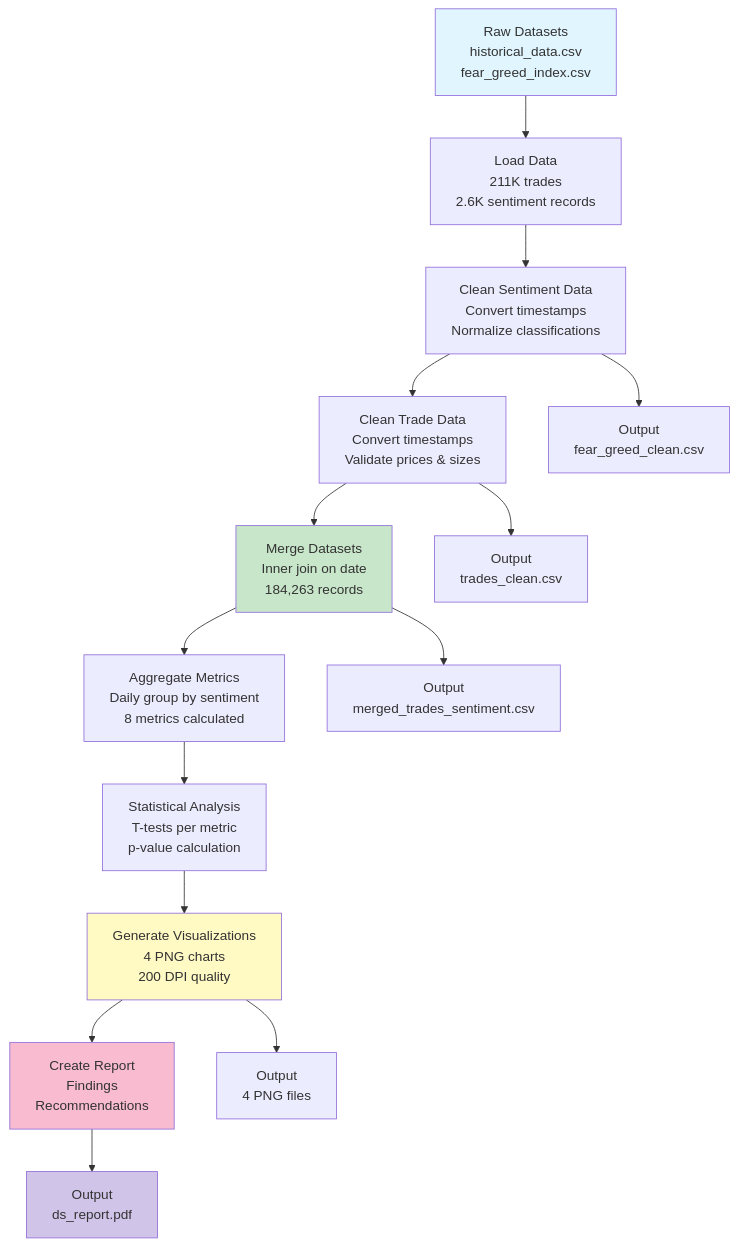
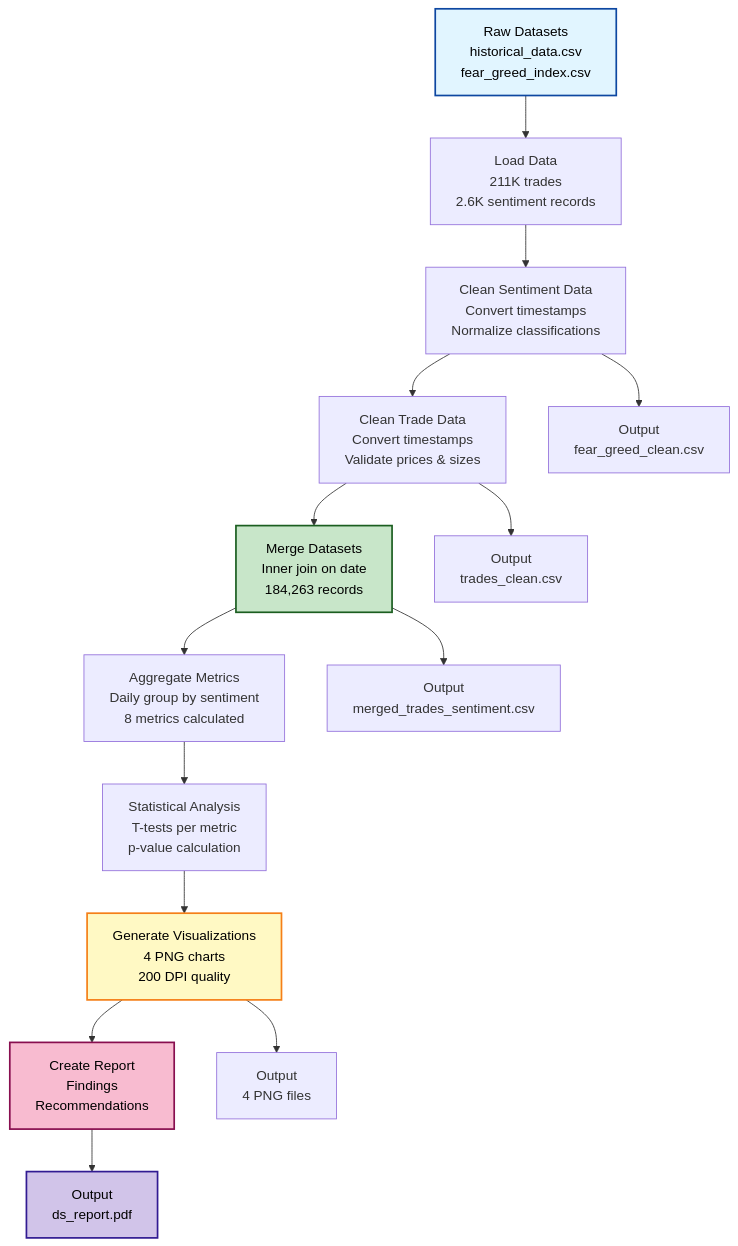
One commit to saikiranpulagalla/ds_saikiranpulagalla changed the diagram in README.md. Above: the diagram before and after it, drawn with Mermaid. The commit also changed other lines of this file, not shown here.

````diff
--- a/README.md
+++ b/README.md
@@ -36,58 +36,55 @@
 ```mermaid
 graph TD
     A["Raw Datasets
 historical_data.csv
 fear_greed_index.csv"] --> B["Load Data
 211K trades
 2.6K sentiment records"]
 
     B --> C["Clean Sentiment Data
 Convert timestamps
 Normalize classifications"]
 
     C --> D["Clean Trade Data
 Convert timestamps
 Validate prices & sizes"]
 
     D --> E["Merge Datasets
 Inner join on date
 184,263 records"]
 
     E --> F["Aggregate Metrics
 Daily group by sentiment
 8 metrics calculated"]
 
     F --> G["Statistical Analysis
 T-tests per metric
 p-value calculation"]
 
     G --> H["Generate Visualizations
 4 PNG charts
 200 DPI quality"]
 
     H --> I["Create Report
 Findings
 Recommendations"]
 
     C --> J["Output
 fear_greed_clean.csv"]
-
     D --> K["Output
 trades_clean.csv"]
-
     E --> L["Output
 merged_trades_sentiment.csv"]
-
     H --> M["Output
 4 PNG files"]
-
     I --> N["Output
 ds_report.pdf"]
 
-    style A fill:#e1f5ff
-    style E fill:#c8e6c9
-    style H fill:#fff9c4
-    style I fill:#f8bbd0
-    style N fill:#d1c4e9
+    %% High-contrast styles
+    style A fill:#e1f5ff,stroke:#0d47a1,stroke-width:2px,color:#000
+    style E fill:#c8e6c9,stroke:#1b5e20,stroke-width:2px,color:#000
+    style H fill:#fff9c4,stroke:#f57f17,stroke-width:2px,color:#000
+    style I fill:#f8bbd0,stroke:#880e4f,stroke-width:2px,color:#000
+    style N fill:#d1c4e9,stroke:#311b92,stroke-width:2px,color:#000
 
 ```
````
